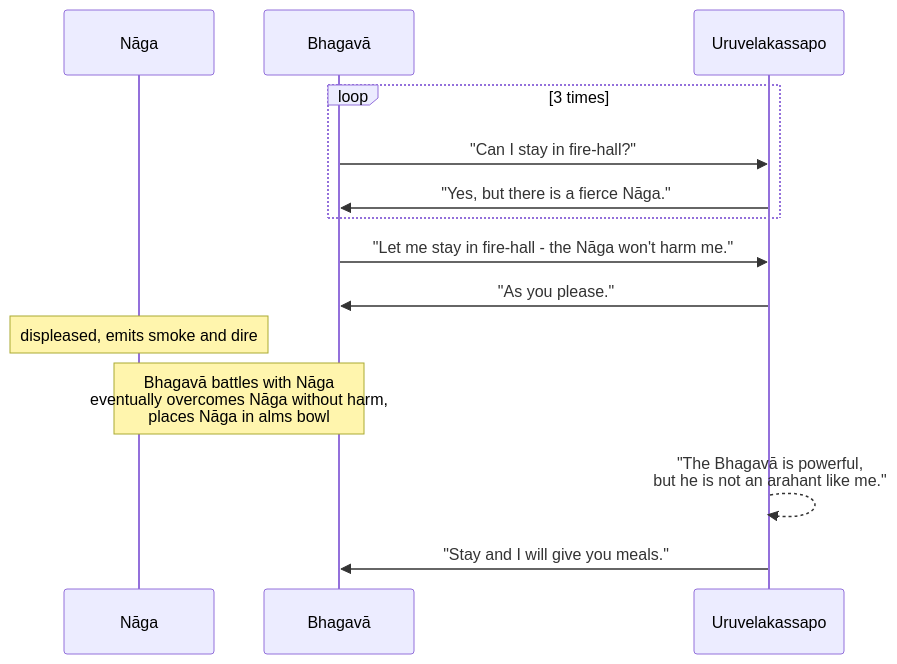
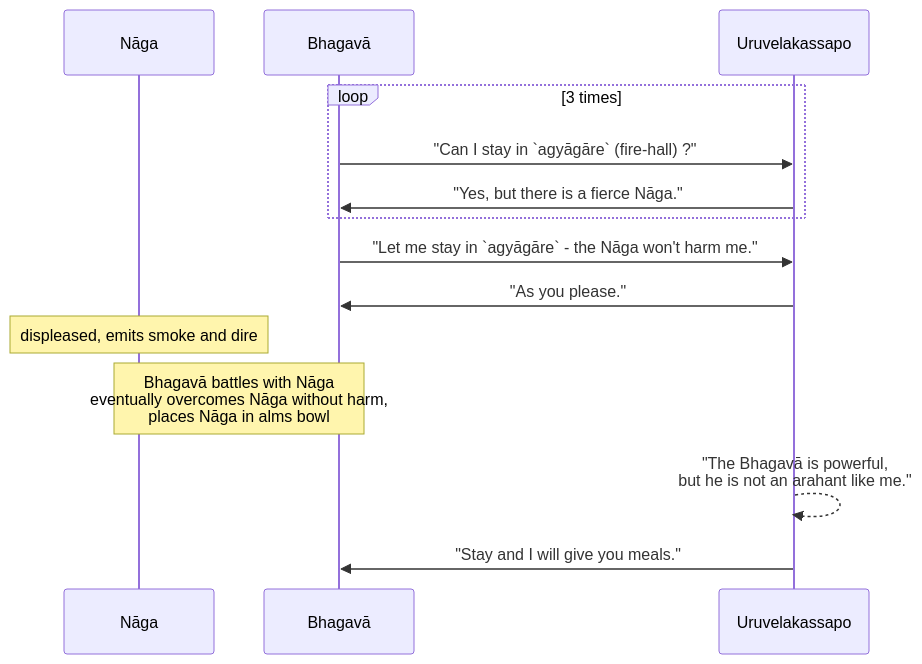
Before and after one commit to ChristineTham/tidipa: the second of 16 diagrams in content/Khandhaka/1.12.md, drawn with Mermaid. The commit also changed other lines of this file and 14 other files, not shown here.

````diff
--- a/content/Khandhaka/1.12.md
+++ b/content/Khandhaka/1.12.md
@@ -253,16 +253,16 @@
 ```mermaid
 sequenceDiagram
 	participant N as Nāga
 	participant B as Bhagavā
 	participant A1 as Uruvelakassapo
 	loop 3 times
-		B->>A1: "Can I stay in fire-hall?"
+		B->>A1: "Can I stay in `agyāgāre` (fire-hall) ?"
 		A1->>B: "Yes, but there is a fierce Nāga."
 	end
-	B->>A1: "Let me stay in fire-hall - the Nāga won't harm me."
+	B->>A1: "Let me stay in `agyāgāre` - the Nāga won't harm me."
 	A1->>B: "As you please."
 	note over N: displeased, emits smoke and dire
 	note over B, N: Bhagavā battles with Nāga <br> eventually overcomes Nāga without harm, <br> places Nāga in alms bowl
 	A1-->>A1: "The Bhagavā is powerful, <br>but he is not an arahant like me."
 	A1->>B: "Stay and I will give you meals."
 ```
````
